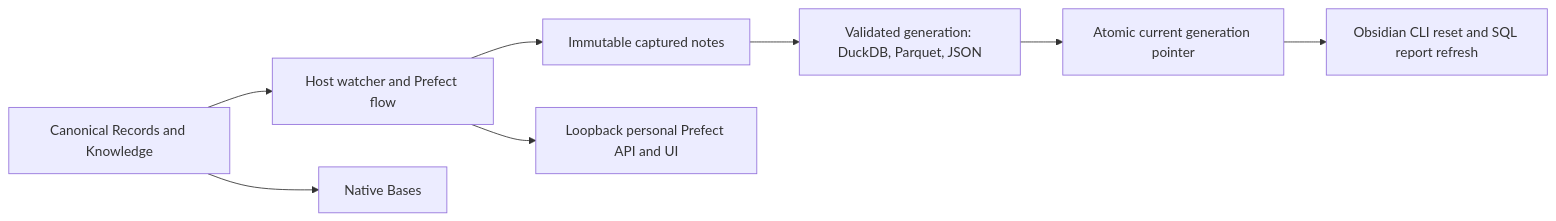
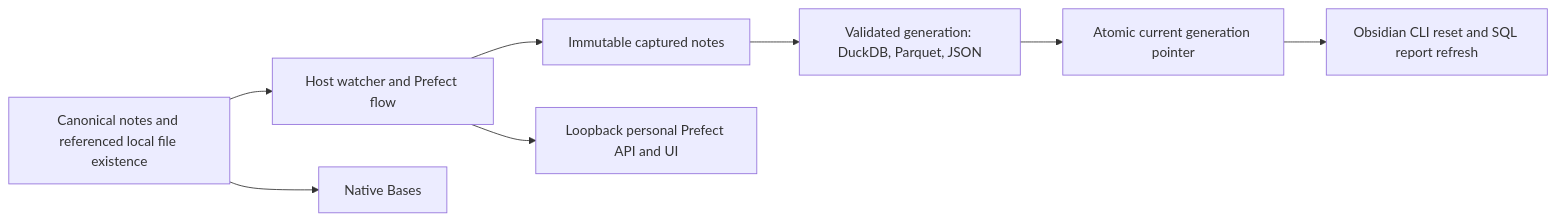
The first of 2 diagrams in docs/specs/pm_kernel/OBSIDIAN.md (Saltiola7/dotfiles-ai), drawn with Mermaid before and after one commit. The commit also changed other lines of this file and 1 other file, not shown here.

````diff
--- a/docs/specs/pm_kernel/OBSIDIAN.md
+++ b/docs/specs/pm_kernel/OBSIDIAN.md
@@ -21,12 +21,12 @@
 ```mermaid
 flowchart LR
     accTitle: Personal Obsidian projection automation
     accDescr: Canonical notes feed a host watcher and immutable captured generation. A local Prefect server records metadata. Atomic publication precedes Obsidian CLI reset and report refresh. Bases reads notes directly.
-    N[Canonical Records and Knowledge] --> W[Host watcher and Prefect flow]
+    N[Canonical notes and referenced local file existence] --> W[Host watcher and Prefect flow]
     W --> S[Immutable captured notes]
     S --> G[Validated generation: DuckDB, Parquet, JSON]
     G --> P[Atomic current generation pointer]
     P --> O[Obsidian CLI reset and SQL report refresh]
     N --> B[Native Bases]
     W --> F[Loopback personal Prefect API and UI]
 ```
````
